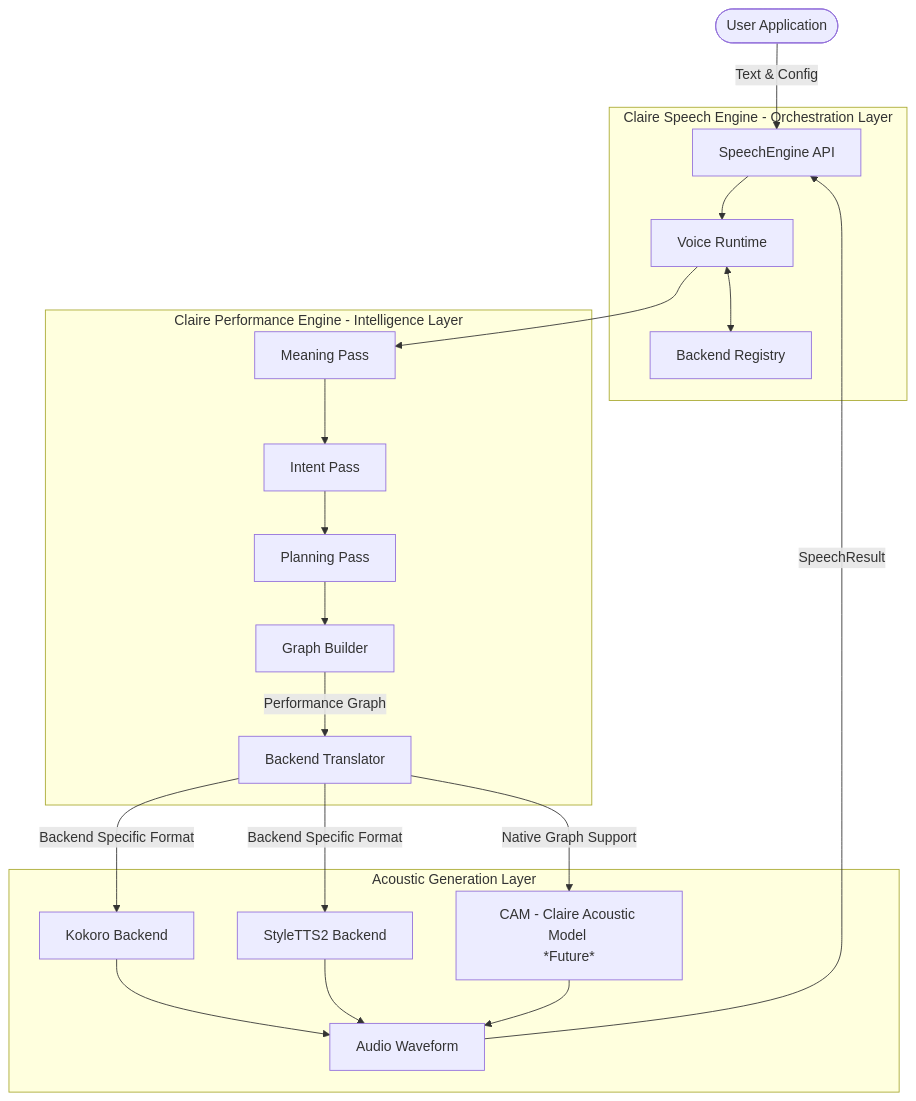
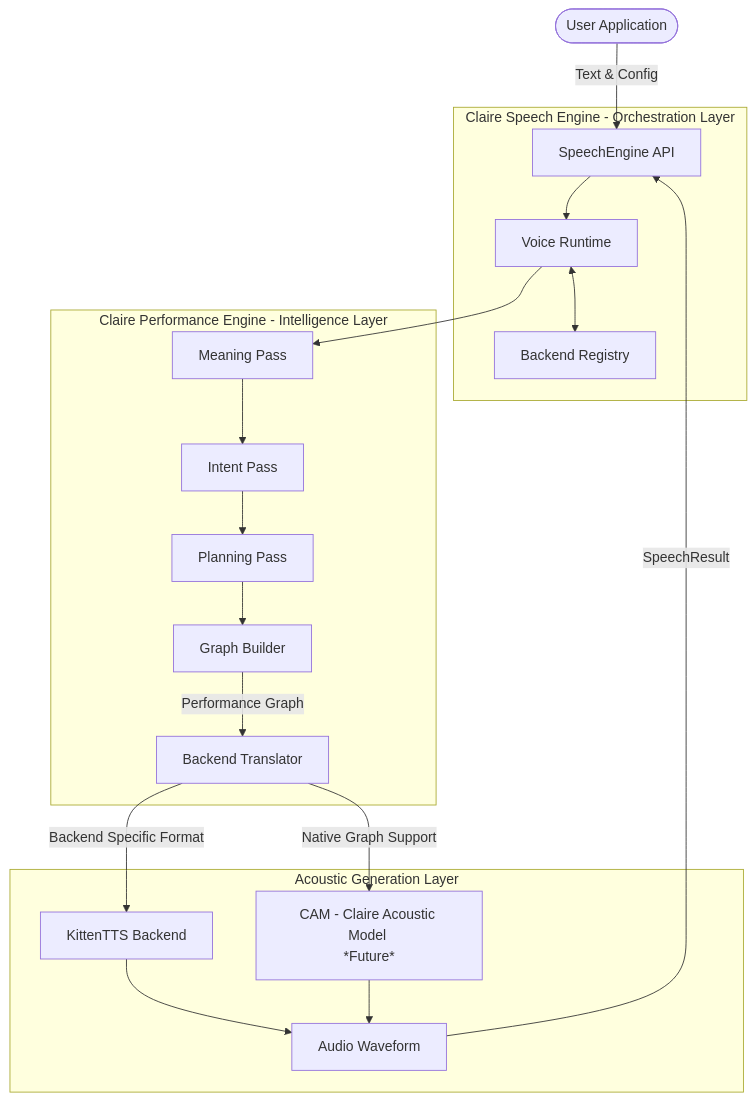
The first of 2 diagrams in docs/Architecture/ARCHITECTURE.md (Yukariii04/Claire-Speech-Engine), drawn with Mermaid before and after one commit. The commit also changed other lines of this file and 81 other files, not shown here.

Commit message:
1.0.5: KittenTTS backend + initial CPE integration

````diff
--- a/docs/Architecture/ARCHITECTURE.md
+++ b/docs/Architecture/ARCHITECTURE.md
@@ -13,40 +13,38 @@
 ```mermaid
 flowchart TD
     User([User Application]) -->|Text & Config| CSE_API
 
     subgraph CSE [Claire Speech Engine - Orchestration Layer]
         CSE_API[SpeechEngine API]
         Runtime[Voice Runtime]
         Registry[Backend Registry]
         CSE_API --> Runtime
         Runtime <--> Registry
     end
 
     subgraph CPE [Claire Performance Engine - Intelligence Layer]
         Meaning[Meaning Pass]
         Intent[Intent Pass]
         Planning[Planning Pass]
         GraphBuilder[Graph Builder]
         
         Runtime --> Meaning
         Meaning --> Intent
         Intent --> Planning
         Planning --> GraphBuilder
         
         GraphBuilder -->|Performance Graph| Translator
     end
 
     subgraph Backends [Acoustic Generation Layer]
         Translator[Backend Translator]
         
-        Translator -->|Backend Specific Format| Kokoro[Kokoro Backend]
-        Translator -->|Backend Specific Format| StyleTTS[StyleTTS2 Backend]
+        Translator -->|Backend Specific Format| KittenTTS[KittenTTS Backend]
         Translator -->|Native Graph Support| CAM[CAM - Claire Acoustic Model <br/>*Future*]
         
-        Kokoro --> Audio[Audio Waveform]
-        StyleTTS --> Audio
+        KittenTTS --> Audio[Audio Waveform]
         CAM --> Audio
     end
     
     Audio -->|SpeechResult| CSE_API
 ```
````
